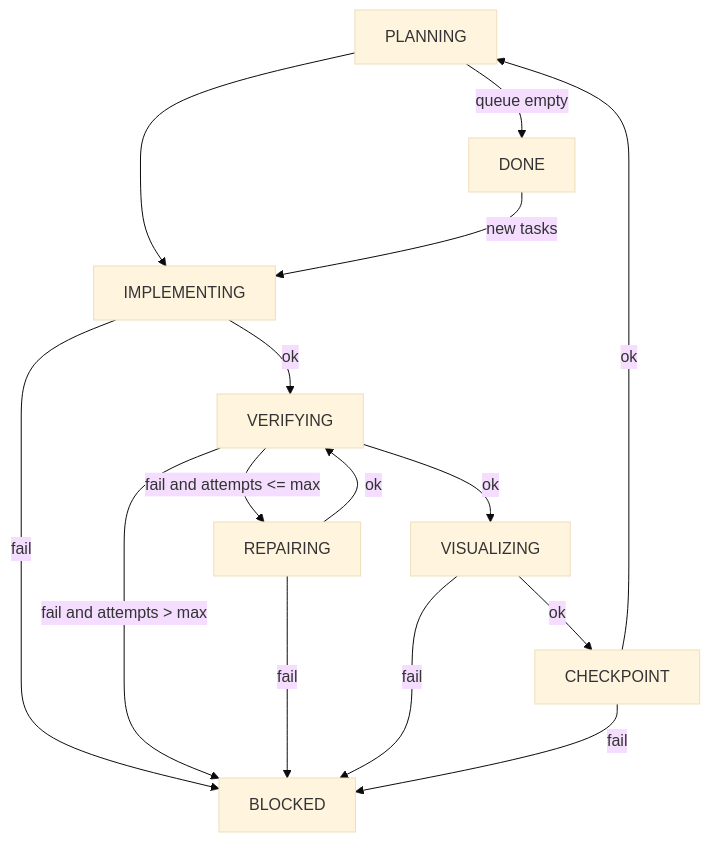
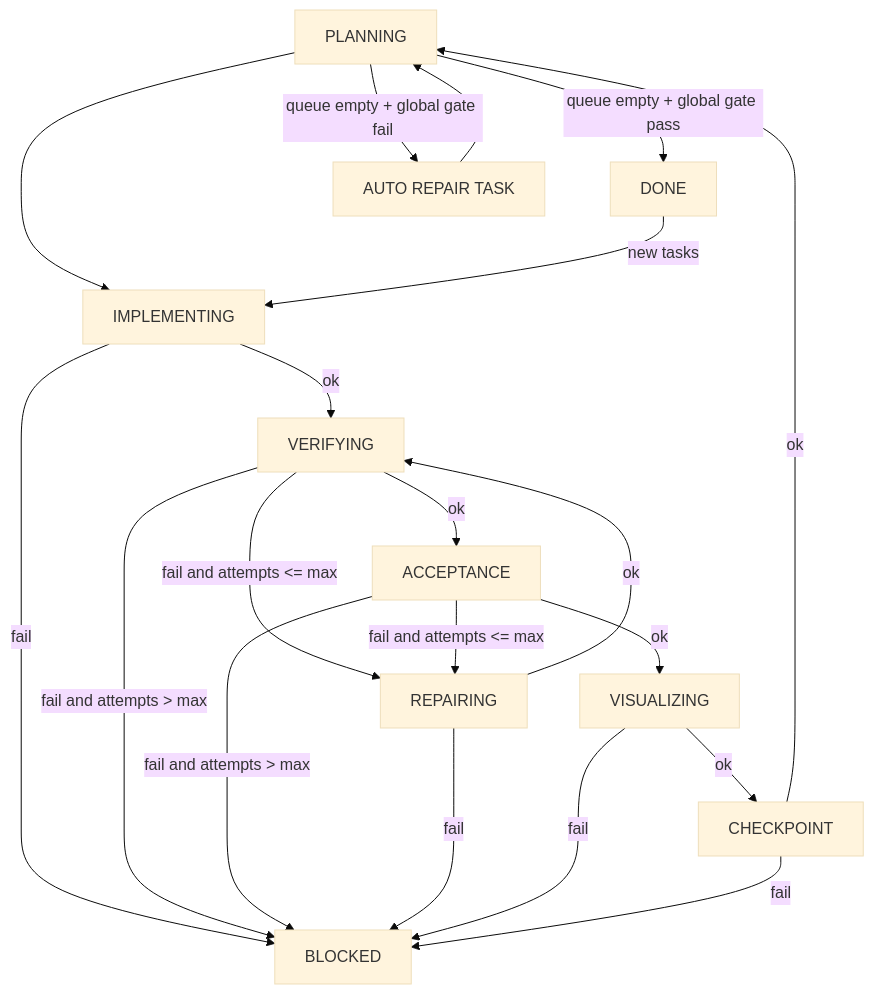
One commit to zkcpku/LongAgent changed the diagram in README.md. Above: the diagram before and after it, drawn with Mermaid (base theme). The commit also changed other lines of this file and 8 other files, not shown here.

````diff
--- a/README.md
+++ b/README.md
@@ -25,22 +26,28 @@
 ```mermaid
 flowchart TD
   A["PLANNING"] --> B["IMPLEMENTING"]
   B -->|ok| C["VERIFYING"]
   B -->|fail| X["BLOCKED"]
 
-  C -->|ok| D["VISUALIZING"]
+  C -->|ok| D["ACCEPTANCE"]
   C -->|fail and attempts <= max| E["REPAIRING"]
   C -->|fail and attempts > max| X
+
+  D -->|ok| F["VISUALIZING"]
+  D -->|fail and attempts <= max| E
+  D -->|fail and attempts > max| X
 
   E -->|ok| C
   E -->|fail| X
 
-  D -->|ok| F["CHECKPOINT"]
-  D -->|fail| X
-
-  F -->|ok| A
+  F -->|ok| G["CHECKPOINT"]
   F -->|fail| X
 
-  A -->|queue empty| G["DONE"]
-  G -->|new tasks| B
+  G -->|ok| A
+  G -->|fail| X
+
+  A -->|queue empty + global gate pass| H["DONE"]
+  A -->|queue empty + global gate fail| I["AUTO REPAIR TASK"]
+  I --> A
+  H -->|new tasks| B
 ```
````
